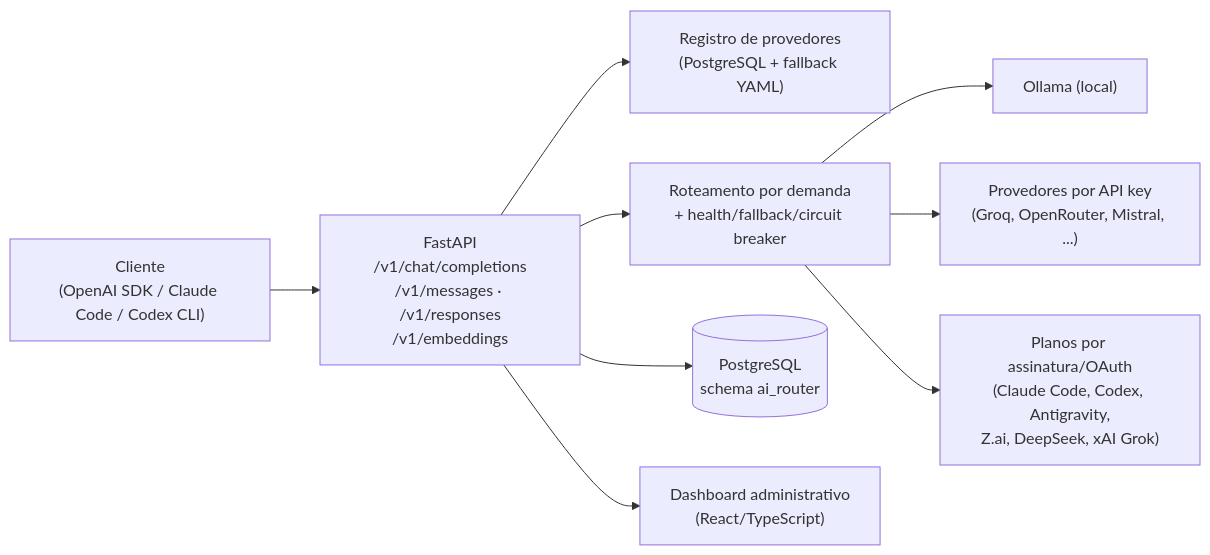
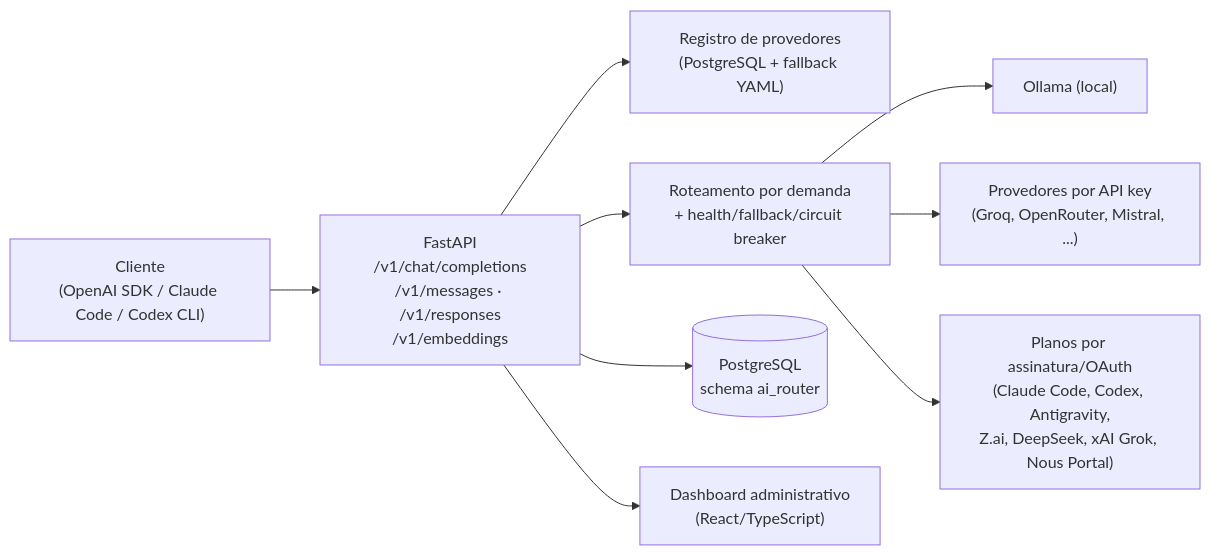
One commit to marcelodarckferreira/ForgeRouter changed the diagram in README.md. Above: the diagram before and after it, drawn with Mermaid. The commit also changed other lines of this file and 2 other files, not shown here.

First line of the commit message:
Add Nous Portal (Hermes Agent) as an OAuth subscription provider

````diff
--- a/README.md
+++ b/README.md
@@ -78,11 +78,11 @@
 ```mermaid
 flowchart LR
     Client["Cliente\n(OpenAI SDK / Claude Code / Codex CLI)"] --> API["FastAPI\n/v1/chat/completions\n/v1/messages · /v1/responses\n/v1/embeddings"]
     API --> Registry["Registro de provedores\n(PostgreSQL + fallback YAML)"]
     API --> Routing["Roteamento por demanda\n+ health/fallback/circuit breaker"]
     Routing --> Local["Ollama (local)"]
     Routing --> ApiKey["Provedores por API key\n(Groq, OpenRouter, Mistral, ...)"]
-    Routing --> OAuth["Planos por assinatura/OAuth\n(Claude Code, Codex, Antigravity,\nZ.ai, DeepSeek, xAI Grok)"]
+    Routing --> OAuth["Planos por assinatura/OAuth\n(Claude Code, Codex, Antigravity,\nZ.ai, DeepSeek, xAI Grok, Nous Portal)"]
     API --> DB[(PostgreSQL\nschema ai_router)]
     API --> Dashboard["Dashboard administrativo\n(React/TypeScript)"]
 ```
````
